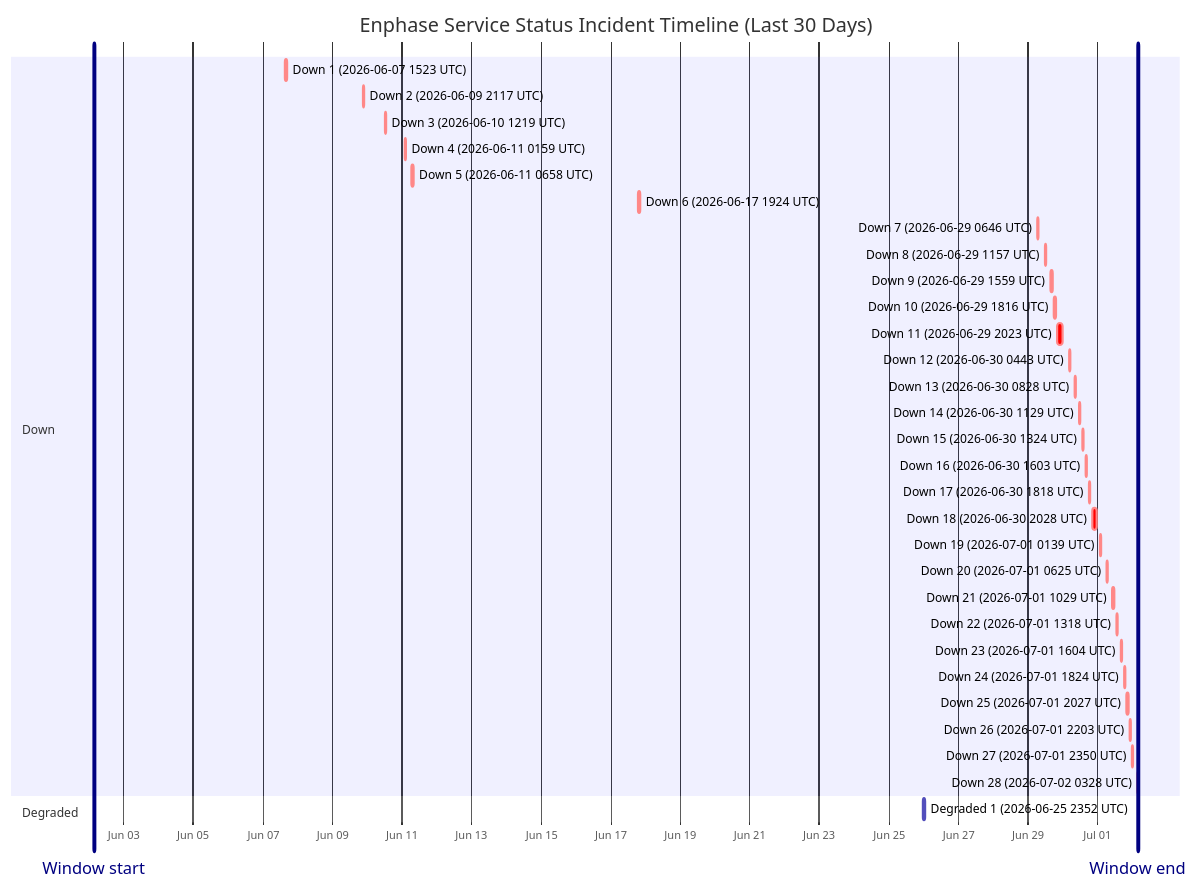
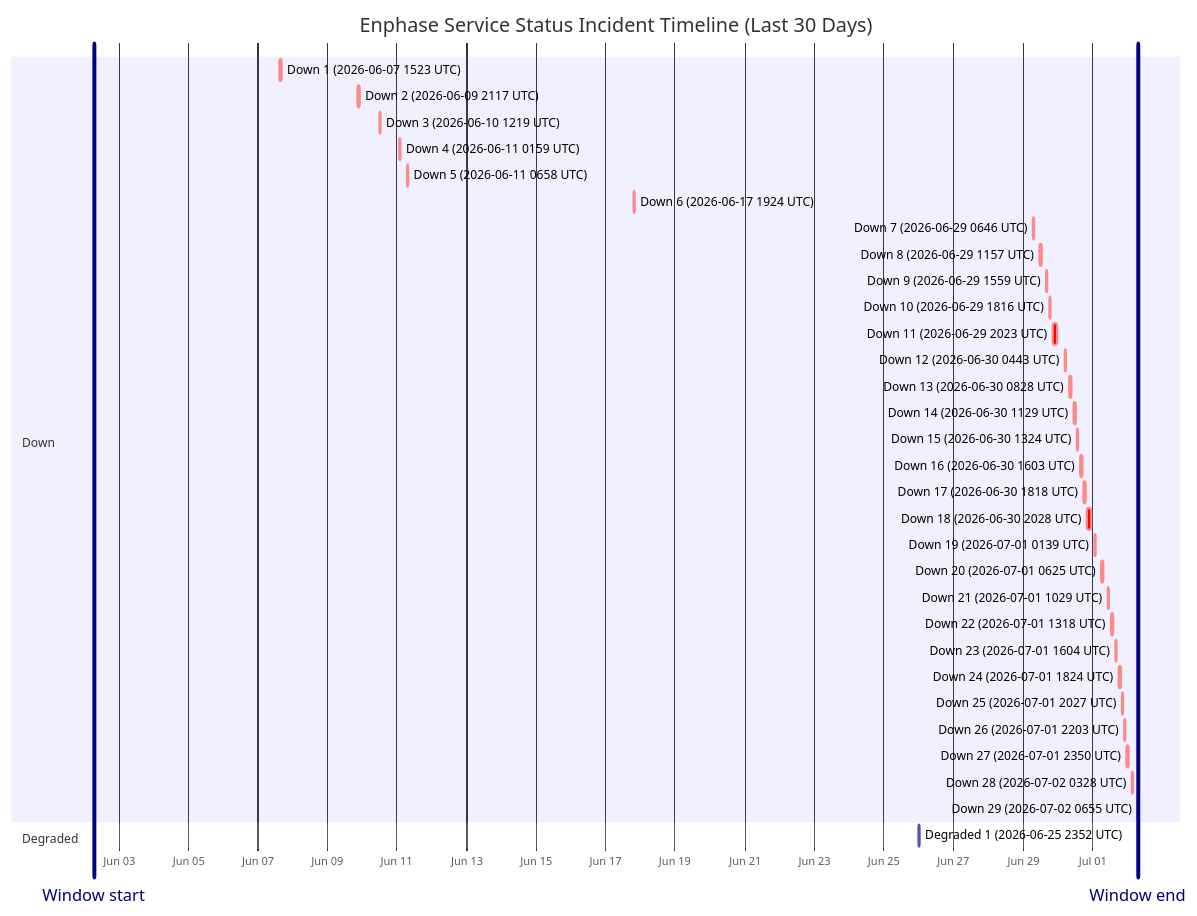
The diagram in wiki/Service-Status-History.md (barneyonline/ha-enphase-energy), drawn with Mermaid before and after one commit. The commit also changed other lines of this file and 3 other files, not shown here.

````diff
--- a/wiki/Service-Status-History.md
+++ b/wiki/Service-Status-History.md
@@ -14,39 +14,40 @@
 ```mermaid
 gantt
     title Enphase Service Status Incident Timeline (Last 30 Days)
     dateFormat  YYYY-MM-DDTHH:mm:ss
     axisFormat  %b %d
-    Window start :vert, window-start, 2026-06-02T03:28:33, 0ms
-    Window end :vert, window-end, 2026-07-02T03:28:33, 0ms
+    Window start :vert, window-start, 2026-06-02T06:55:07, 0ms
+    Window end :vert, window-end, 2026-07-02T06:55:07, 0ms
     section Down
     Down 1 (2026-06-07 1523 UTC) :crit, down-1, 2026-06-07T15:23:22, 87m
     Down 2 (2026-06-09 2117 UTC) :crit, down-2, 2026-06-09T21:17:17, 60m
     Down 3 (2026-06-10 1219 UTC) :crit, down-3, 2026-06-10T12:19:21, 60m
     Down 4 (2026-06-11 0159 UTC) :crit, down-4, 2026-06-11T01:59:36, 60m
     Down 5 (2026-06-11 0658 UTC) :crit, down-5, 2026-06-11T06:58:45, 60m
     Down 6 (2026-06-17 1924 UTC) :crit, down-6, 2026-06-17T19:24:51, 60m
     Down 7 (2026-06-29 0646 UTC) :crit, down-7, 2026-06-29T06:46:18, 60m
     Down 8 (2026-06-29 1157 UTC) :crit, down-8, 2026-06-29T11:57:36, 60m
     Down 9 (2026-06-29 1559 UTC) :crit, down-9, 2026-06-29T15:59:02, 60m
     Down 10 (2026-06-29 1816 UTC) :crit, down-10, 2026-06-29T18:16:38, 60m
     Down 11 (2026-06-29 2023 UTC) :crit, down-11, 2026-06-29T20:23:16, 220m
     Down 12 (2026-06-30 0443 UTC) :crit, down-12, 2026-06-30T04:43:54, 60m
     Down 13 (2026-06-30 0828 UTC) :crit, down-13, 2026-06-30T08:28:43, 60m
     Down 14 (2026-06-30 1129 UTC) :crit, down-14, 2026-06-30T11:29:15, 60m
     Down 15 (2026-06-30 1324 UTC) :crit, down-15, 2026-06-30T13:24:25, 60m
     Down 16 (2026-06-30 1603 UTC) :crit, down-16, 2026-06-30T16:03:26, 60m
     Down 17 (2026-06-30 1818 UTC) :crit, down-17, 2026-06-30T18:18:39, 60m
     Down 18 (2026-06-30 2028 UTC) :crit, down-18, 2026-06-30T20:28:54, 171m
     Down 19 (2026-07-01 0139 UTC) :crit, down-19, 2026-07-01T01:39:18, 60m
     Down 20 (2026-07-01 0625 UTC) :crit, down-20, 2026-07-01T06:25:35, 60m
     Down 21 (2026-07-01 1029 UTC) :crit, down-21, 2026-07-01T10:29:24, 60m
     Down 22 (2026-07-01 1318 UTC) :crit, down-22, 2026-07-01T13:18:31, 60m
     Down 23 (2026-07-01 1604 UTC) :crit, down-23, 2026-07-01T16:04:29, 60m
     Down 24 (2026-07-01 1824 UTC) :crit, down-24, 2026-07-01T18:24:21, 60m
     Down 25 (2026-07-01 2027 UTC) :crit, down-25, 2026-07-01T20:27:17, 60m
     Down 26 (2026-07-01 2203 UTC) :crit, down-26, 2026-07-01T22:03:46, 60m
     Down 27 (2026-07-01 2350 UTC) :crit, down-27, 2026-07-01T23:50:52, 60m
     Down 28 (2026-07-02 0328 UTC) :crit, down-28, 2026-07-02T03:28:33, 60m
+    Down 29 (2026-07-02 0655 UTC) :crit, down-29, 2026-07-02T06:55:07, 60m
     section Degraded
     Degraded 1 (2026-06-25 2352 UTC) :active, degraded-1, 2026-06-25T23:52:01, 60m
 ```
````
